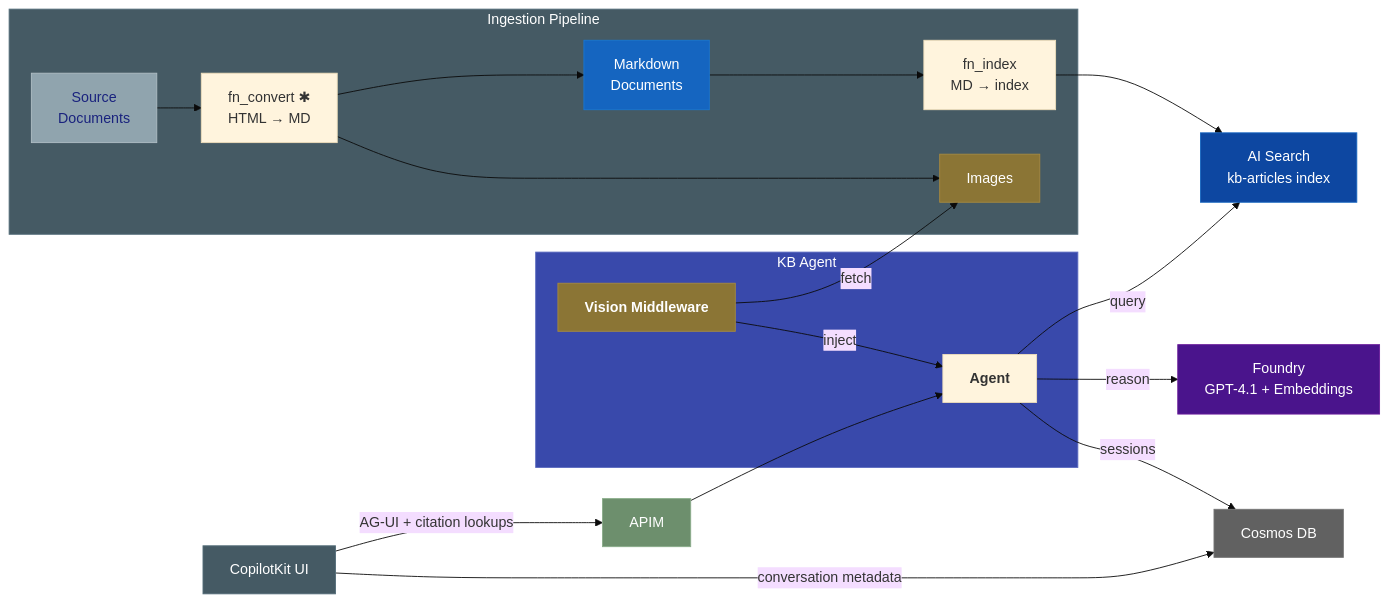
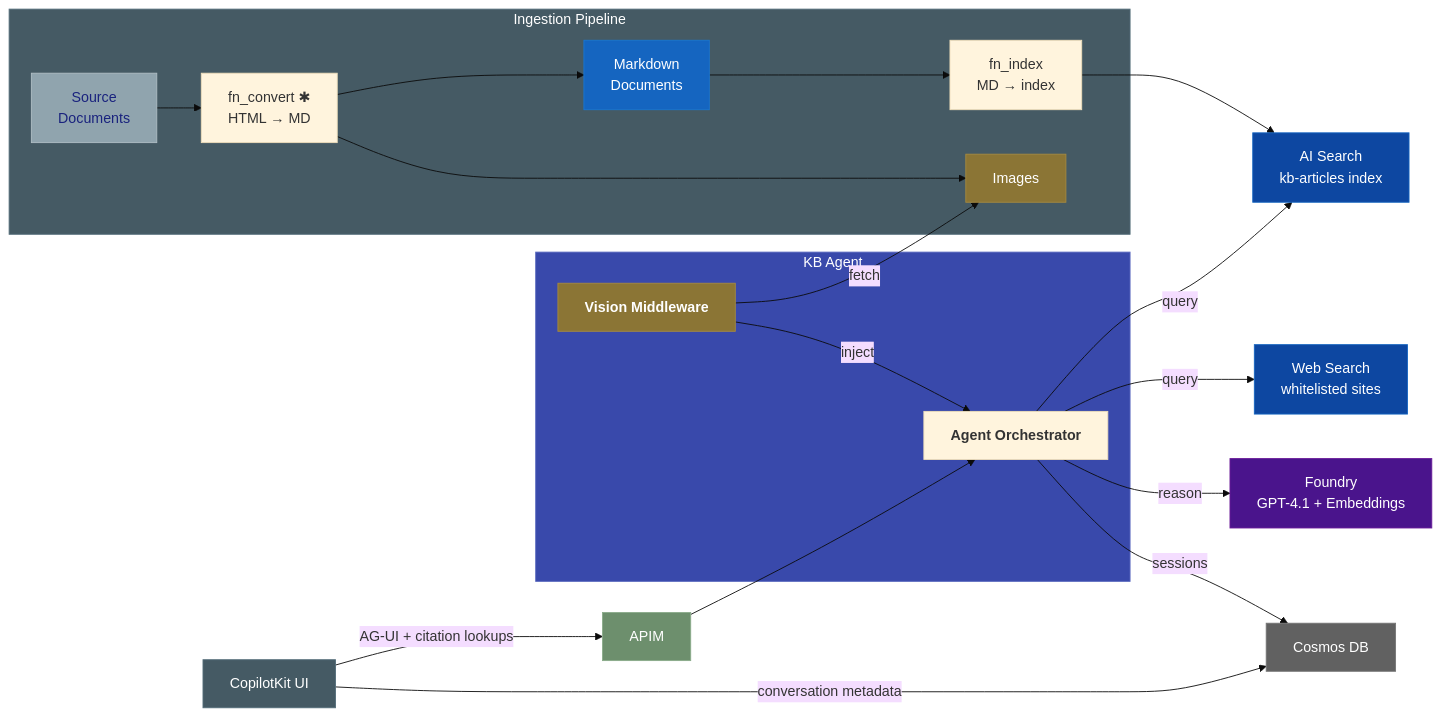
One commit to aldelar/context-aware-vision-grounded-kb-agent changed diagram 13 of 13 in README.md. Above: the diagram before and after it, drawn with Mermaid (base theme). The commit also changed other lines of this file and 7 other files, not shown here.

````diff
--- a/README.md
+++ b/README.md
@@ -493,35 +521,37 @@
 ```mermaid
 flowchart LR
     subgraph Pipeline["Ingestion Pipeline"]
         SA1["Source<br/>Documents"] --> CVT["fn_convert ✱<br/>HTML → MD"] --> SA2["Markdown<br/>Documents"] --> IDX["fn_index<br/>MD → index"]
         CVT --> IMG["Images"]
     end
 
     IDX --> AIS["AI Search<br/>kb-articles index"]
 
     subgraph AgentSvc["KB Agent"]
-        AGENT["<b>Agent</b>"]
+        ORCH["<b>Agent Orchestrator</b>"]
         VIS["<b>Vision Middleware</b>"]
     end
 
-    AGENT -->|query| AIS
-    AGENT -->|reason| AF["Foundry<br/>GPT-4.1 + Embeddings"]
+    ORCH -->|query| AIS
+    ORCH -->|query| WEB["Web Search<br/>whitelisted sites"]
+    ORCH -->|reason| AF["Foundry<br/>GPT-4.1 + Embeddings"]
     VIS -->|fetch| IMG
-    VIS -->|inject| AGENT
-    AGENT -->|sessions| COSMOS["Cosmos DB"]
+    VIS -->|inject| ORCH
+    ORCH -->|sessions| COSMOS["Cosmos DB"]
 
-    CHAT["CopilotKit UI"] -->|AG-UI + citation lookups| APIM["APIM"] --> AGENT
+    CHAT["CopilotKit UI"] -->|AG-UI + citation lookups| APIM["APIM"] --> ORCH
     CHAT -->|conversation metadata| COSMOS
 
     style AgentSvc fill:#3949ab,stroke:#5c6bc0,color:#ffffff
     style Pipeline fill:#455a64,stroke:#546e7a,color:#ffffff
     style APIM fill:#6d8f6d,stroke:#8aac8a,color:#ffffff
     style COSMOS fill:#616161,stroke:#757575,color:#ffffff
     style SA2 fill:#1565c0,stroke:#1976d2,color:#ffffff
     style SA1 fill:#90a4ae,stroke:#b0bec5,color:#1a237e
     style AIS fill:#0d47a1,stroke:#1565c0,color:#ffffff
+    style WEB fill:#0d47a1,stroke:#1565c0,color:#ffffff
     style VIS fill:#8b7535,stroke:#a6893f,color:#ffffff
     style IMG fill:#8b7535,stroke:#a6893f,color:#ffffff
     style AF fill:#4a148c,stroke:#6a1b9a,color:#ffffff
     style CHAT fill:#455a64,stroke:#546e7a,color:#ffffff
 ```
````
